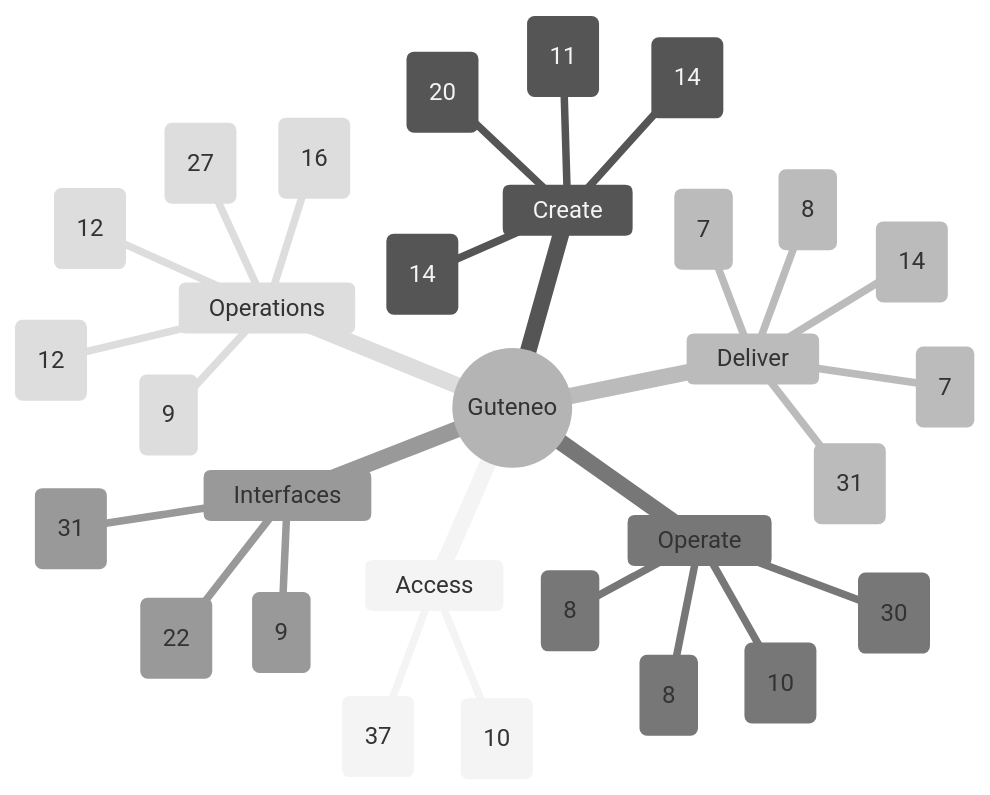
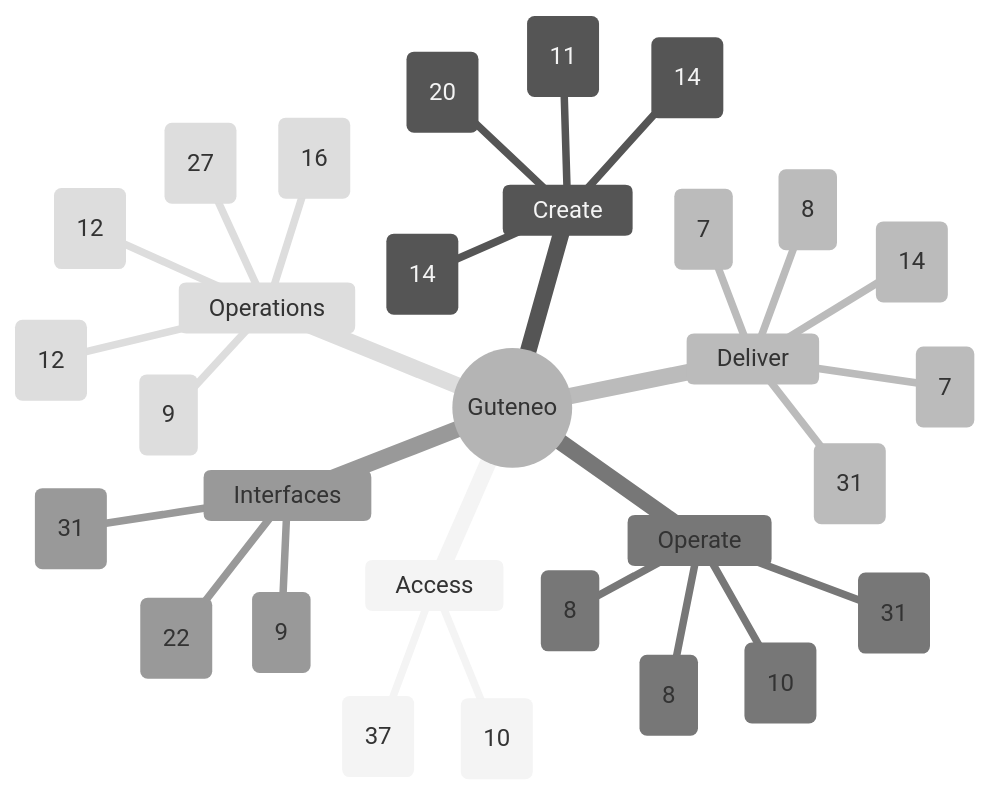
Before and after one commit to nclsppr/guteneo: the diagram in docs/FEATURE_MAP.md, drawn with Mermaid (neutral theme). The commit also changed other lines of this file and 13 other files, not shown here.

````diff
--- a/docs/FEATURE_MAP.md
+++ b/docs/FEATURE_MAP.md
@@ -13,33 +13,33 @@
 ```mermaid
 mindmap
   root((Guteneo))
     Access
       Access and identity (37)
       Team and responsibilities (10)
     Create
       Documents and protection (20)
       Template studio (14)
       Data and mappings (11)
       PDF generation and distribution (14)
     Deliver
       Fax (7)
       Postal mail (8)
       Email and protected links (14)
       Sensitive distribution and personal documents (31)
       Dispatch dry run (7)
     Operate
       Campaigns and tracking (8)
       Credits and billing (8)
-      Workspace layout and browser appearance (30)
+      Workspace layout and browser appearance (31)
       PDF verification (10)
     Interfaces
       Assistants and API (31)
       iPhone and iPad (9)
       Public pages, languages and appearance (22)
     Operations
       Reviewer OAuth qualification (9)
       Operations and reliability (27)
       Belvédère platform oversight (12)
       Public service status (16)
       Engineering documentation (12)
 ```
````
